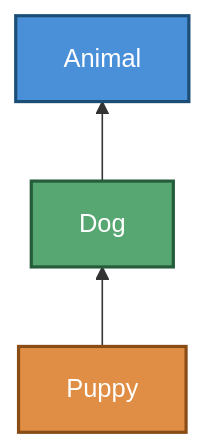
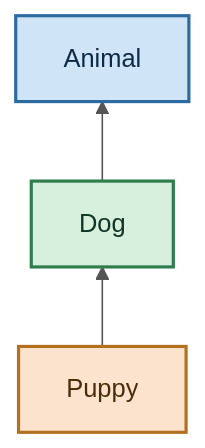
Before and after one commit to Analyst-Ninja/courses: the second of 5 diagrams in LearnJava/src/oops/README.md, drawn with Mermaid. The commit also changed other lines of this file, not shown here.

Commit message:
Change the background to light for mermaid diagrams

````diff
--- a/LearnJava/src/oops/README.md
+++ b/LearnJava/src/oops/README.md
@@ -31,10 +32,11 @@
      ```mermaid
+     %%{init: {'theme':'base','themeVariables':{'background':'#ffffff','primaryColor':'#ffffff','primaryTextColor':'#111111','lineColor':'#555555','textColor':'#111111'}}}%%
      graph BT
        Puppy --> Dog --> Animal
-       classDef parent fill:#4a90d9,stroke:#1b4d75,stroke-width:2px,color:#fff
-       classDef child fill:#57a773,stroke:#255c3a,stroke-width:2px,color:#fff
-       classDef grand fill:#e08e45,stroke:#8a4c15,stroke-width:2px,color:#fff
+       classDef parent fill:#cfe4f7,stroke:#2c6ba0,stroke-width:2px,color:#0d2b45
+       classDef child fill:#d6f0dd,stroke:#2f7d4f,stroke-width:2px,color:#123524
+       classDef grand fill:#fbe3cd,stroke:#b3701f,stroke-width:2px,color:#4a2c08
        class Animal parent
        class Dog child
        class Puppy grand
      ```
````
